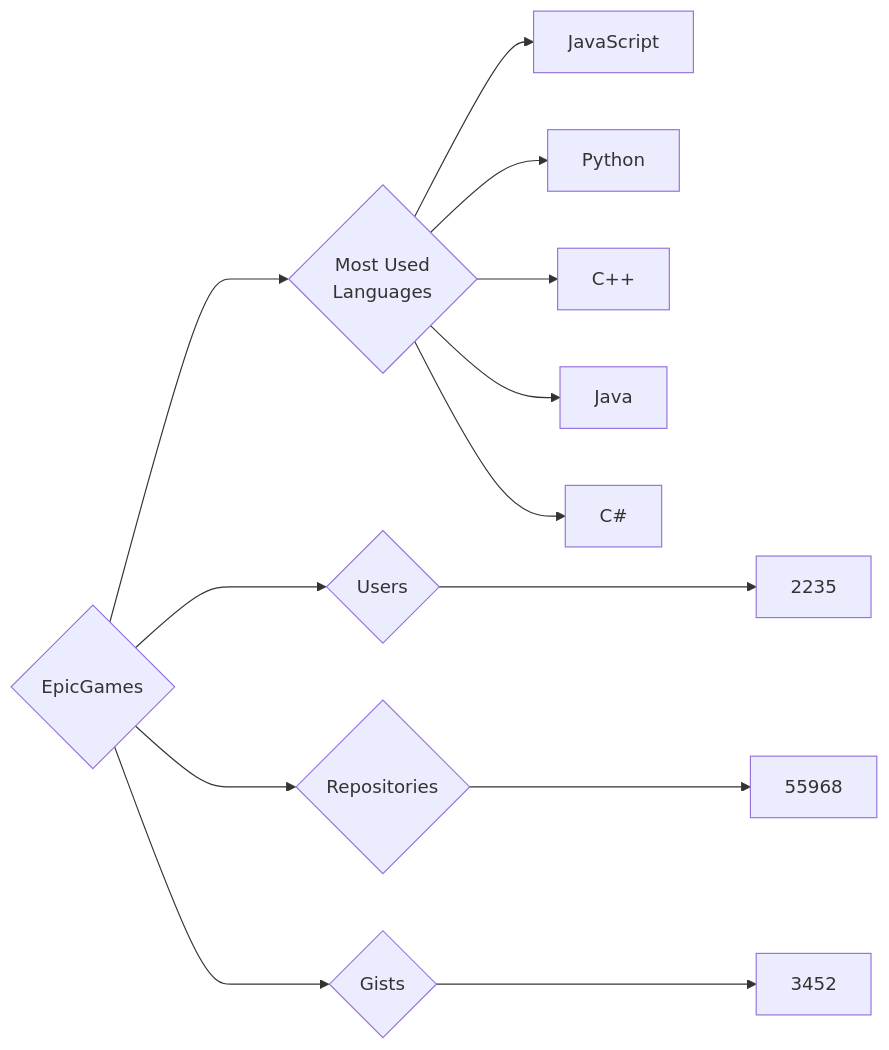
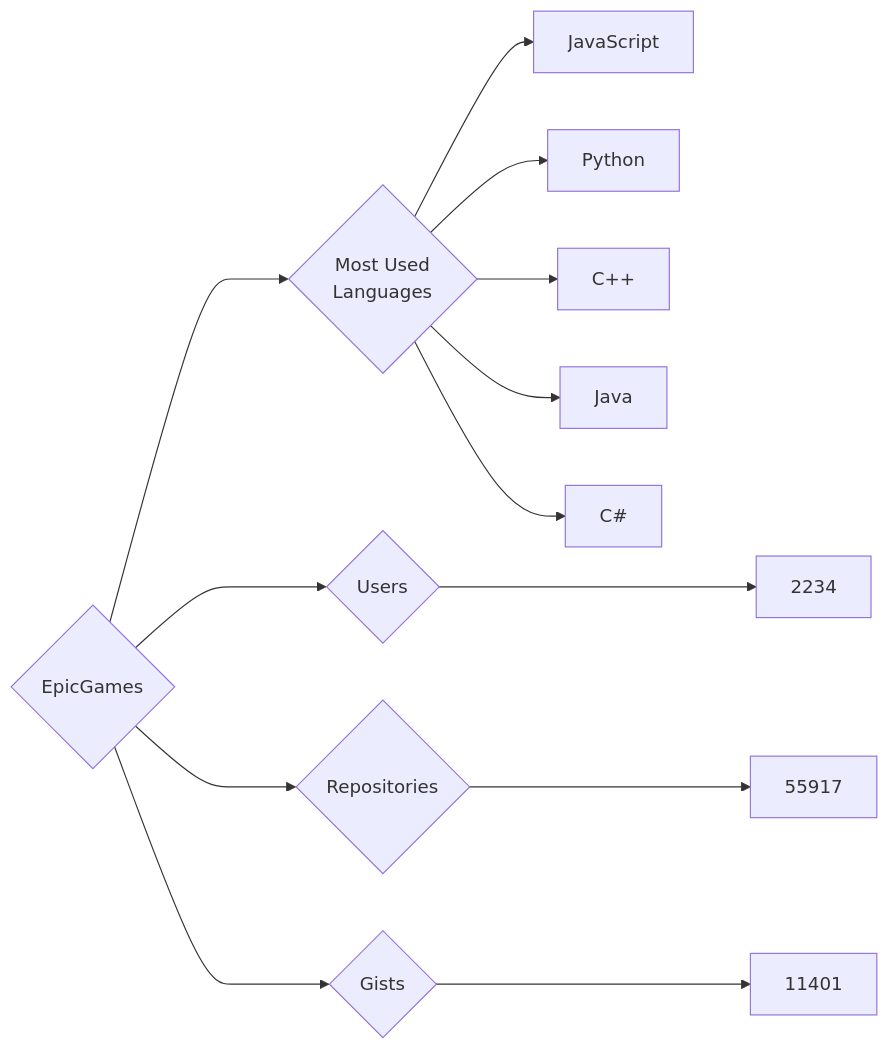
Before and after one commit to trickest/insiders: the diagram in targets/EpicGames/README.md, drawn with Mermaid. The commit also changed 823 other files, not shown here.

````diff
--- a/targets/EpicGames/README.md
+++ b/targets/EpicGames/README.md
@@ -3,13 +3,13 @@
 ```mermaid
 graph LR
 COMPANY_NAME{EpicGames}
-COMPANY_NAME ---> U{Users} ---> UN[2235]
-COMPANY_NAME ---> R{Repositories} ---> RN[55968]
-COMPANY_NAME ---> G{Gists} ---> GN[3452]
+COMPANY_NAME ---> U{Users} ---> UN[2234]
+COMPANY_NAME ---> R{Repositories} ---> RN[55917]
+COMPANY_NAME ---> G{Gists} ---> GN[11401]
 COMPANY_NAME ---> ML{Most Used<br>Languages}
 ML --> JavaScript[JavaScript]
 ML --> Python[Python]
 ML --> C++[C++]
 ML --> Java[Java]
 ML --> C#[C#]
 ```
````
